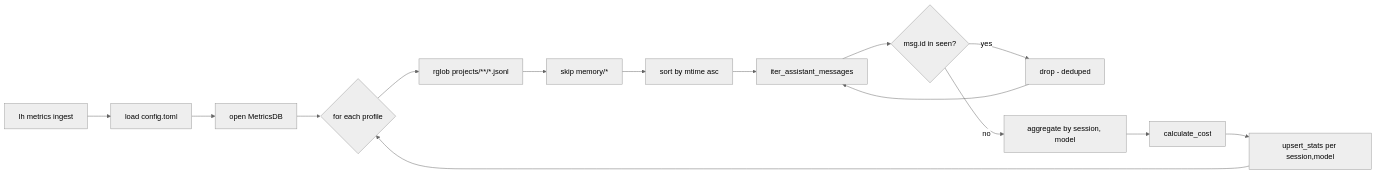
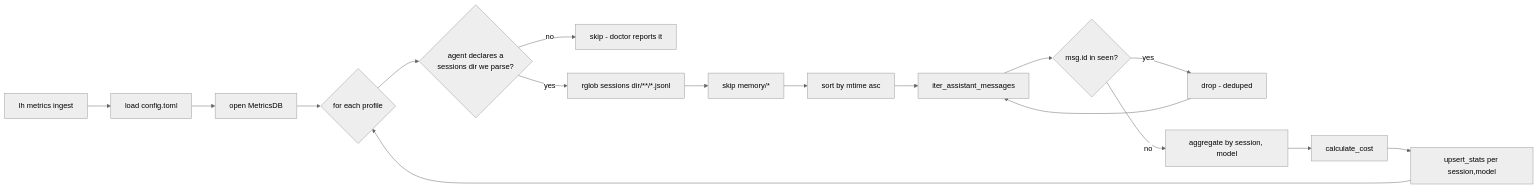
Before and after one commit to lazynet/lazy-harness: the diagram in docs/how/metrics-ingest.md, drawn with Mermaid (neutral theme). The commit also changed other lines of this file and 18 other files, not shown here.

````diff
--- a/docs/how/metrics-ingest.md
+++ b/docs/how/metrics-ingest.md
@@ -26,17 +26,19 @@
 ```mermaid
 flowchart LR
   A[lh metrics ingest] --> B[load config.toml]
   B --> C[open MetricsDB]
   C --> D{for each profile}
-  D --> E[rglob projects/**/*.jsonl]
+  D --> D2{agent declares a\nsessions dir we parse?}
+  D2 -- no --> D3[skip - doctor reports it]
+  D2 -- yes --> E[rglob sessions dir/**/*.jsonl]
   E --> F[skip memory/*]
   F --> G[sort by mtime asc]
   G --> H[iter_assistant_messages]
   H --> I{msg.id in seen?}
   I -- yes --> J[drop - deduped]
   I -- no --> K[aggregate by session, model]
   K --> L[calculate_cost]
   L --> M[upsert_stats per session,model]
   J --> H
   M --> D
 ```
````
